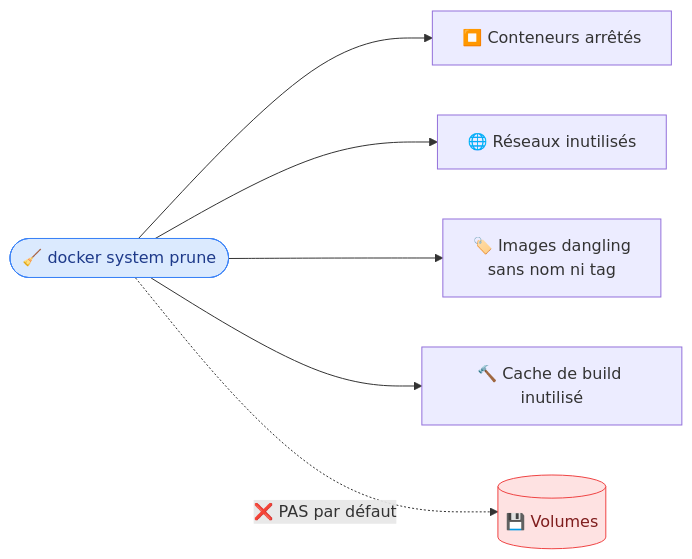
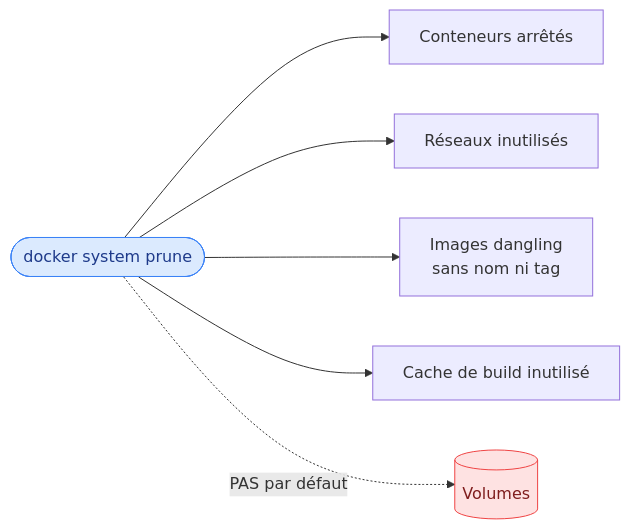
One commit to GoobyWoobies/HEIA-IT changed the second of 2 diagrams in methodologie-securite-it/docker/07-maintenance.md. Above: the diagram before and after it, drawn with Mermaid. The commit also changed other lines of this file and 24 other files, not shown here.

````diff
--- a/methodologie-securite-it/docker/07-maintenance.md
+++ b/methodologie-securite-it/docker/07-maintenance.md
@@ -85,11 +85,11 @@
 ```mermaid
 flowchart LR
-    P(["🧹 docker system prune"]) --> C["⏹️ Conteneurs arrêtés"]
-    P --> N["🌐 Réseaux inutilisés"]
-    P --> I["🏷️ Images dangling<br/>sans nom ni tag"]
-    P --> B["🔨 Cache de build inutilisé"]
-    P -.->|"❌ PAS par défaut"| V[("💾 Volumes")]
+    P(["docker system prune"]) --> C["Conteneurs arrêtés"]
+    P --> N["Réseaux inutilisés"]
+    P --> I["Images dangling<br/>sans nom ni tag"]
+    P --> B["Cache de build inutilisé"]
+    P -.->|"PAS par défaut"| V[("Volumes")]
 
     style P fill:#dbeafe,stroke:#3b82f6,color:#1e3a8a
     style V fill:#fee2e2,stroke:#ef4444,color:#7f1d1d
 ```
````
